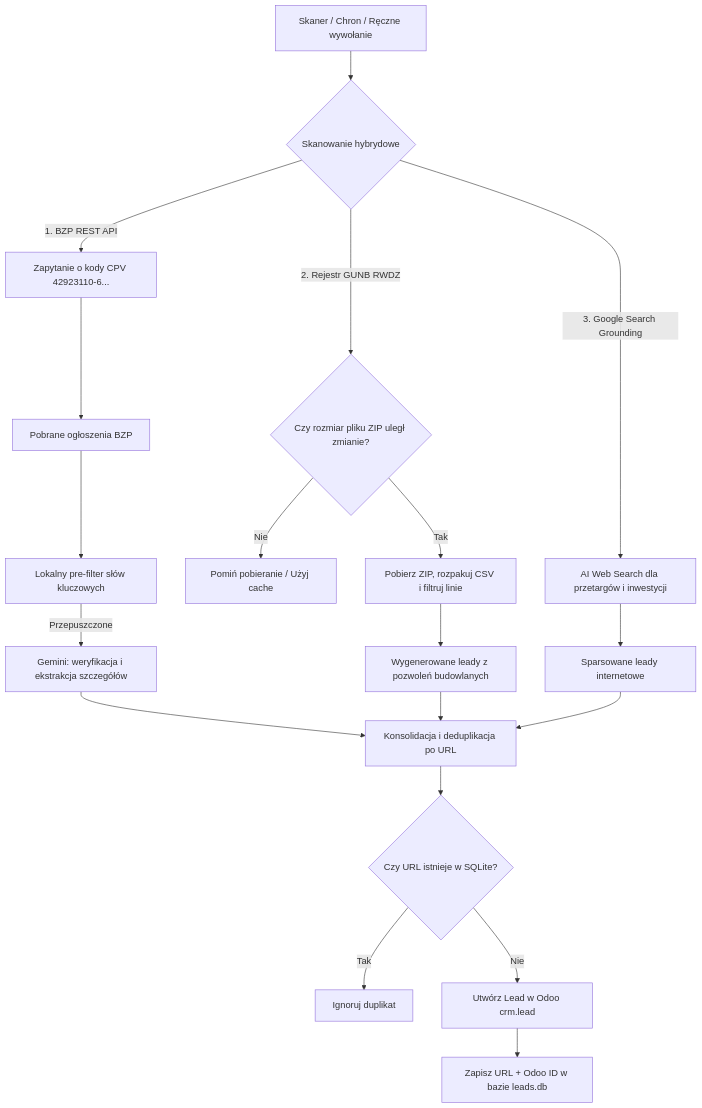
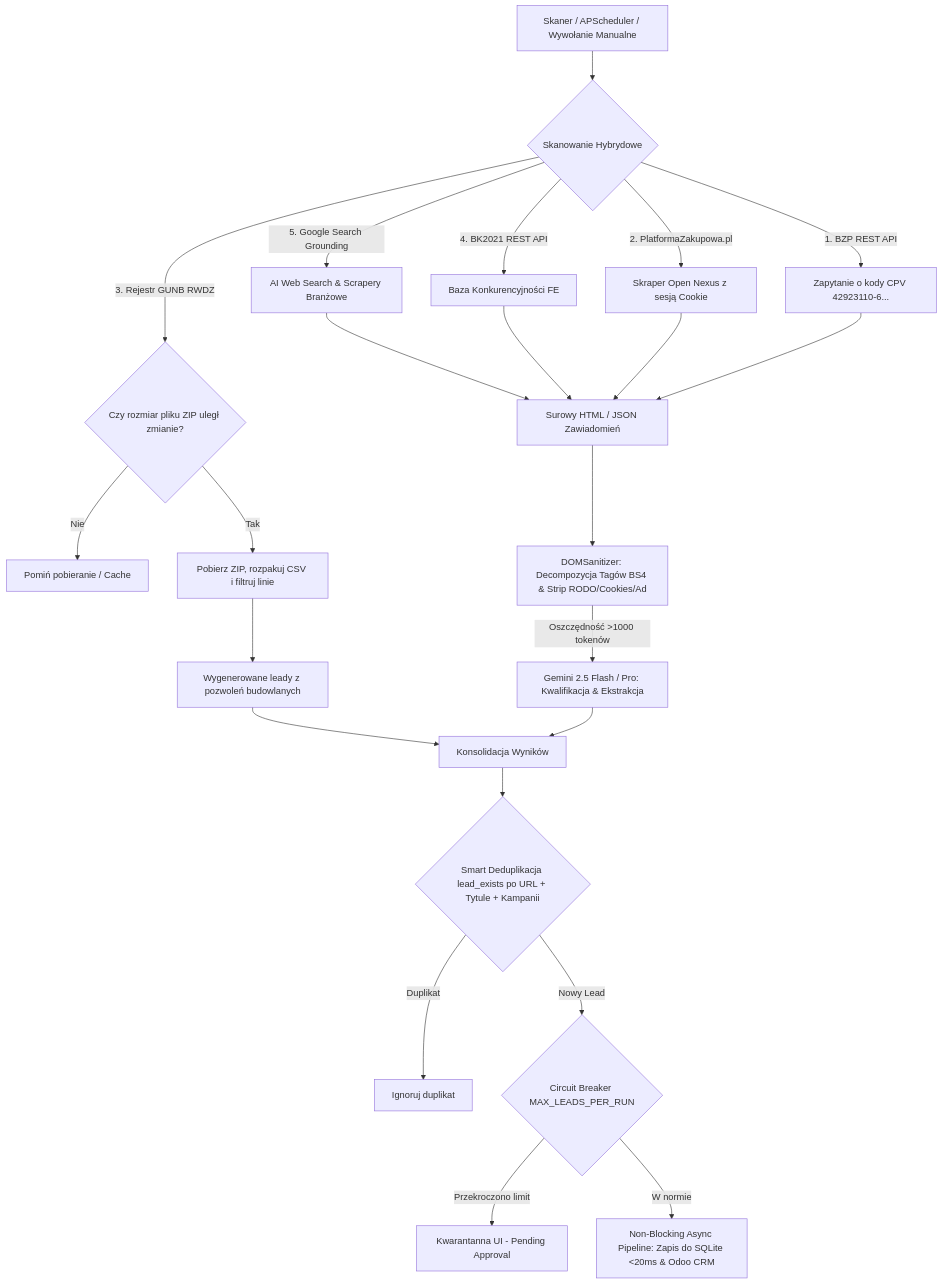
One commit to tkogut/osint-lead-tracker changed the diagram in README.md. Above: the diagram before and after it, drawn with Mermaid. The commit also changed other lines of this file and 6 other files, not shown here.

````diff
--- a/README.md
+++ b/README.md
@@ -12,28 +12,32 @@
 ```mermaid
 graph TD
-    A[Skaner / Chron / Ręczne wywołanie] --> B{Skanowanie hybrydowe}
-    
+    A[Skaner / APScheduler / Wywołanie Manualne] --> B{Skanowanie Hybrydowe}
+
     B -->|1. BZP REST API| C[Zapytanie o kody CPV 42923110-6...]
-    B -->|2. Rejestr GUNB RWDZ| D{Czy rozmiar pliku ZIP uległ zmianie?}
-    B -->|3. Google Search Grounding| E[AI Web Search dla przetargów i inwestycji]
-    
-    D -->|Nie| F[Pomiń pobieranie / Użyj cache]
-    D -->|Tak| G[Pobierz ZIP, rozpakuj CSV i filtruj linie]
-    
-    C --> H[Pobrane ogłoszenia BZP]
-    H --> I[Lokalny pre-filter słów kluczowych]
-    I -->|Przepuszczone| J[Gemini: weryfikacja i ekstrakcja szczegółów]
-    
-    E --> K[Sparsowane leady internetowe]
-    
-    G --> L[Wygenerowane leady z pozwoleń budowlanych]
-    
-    J --> M[Konsolidacja i deduplikacja po URL]
-    K --> M
-    L --> M
-    
-    M --> N{Czy URL istnieje w SQLite?}
-    N -->|Tak| O[Ignoruj duplikat]
-    N -->|Nie| P[Utwórz Lead w Odoo crm.lead]
-    P --> Q[Zapisz URL + Odoo ID w bazie leads.db]
+    B -->|2. PlatformaZakupowa.pl| D[Skraper Open Nexus z sesją Cookie]
+    B -->|3. Rejestr GUNB RWDZ| E{Czy rozmiar pliku ZIP uległ zmianie?}
+    B -->|4. BK2021 REST API| F[Baza Konkurencyjności FE]
+    B -->|5. Google Search Grounding| G[AI Web Search & Scrapery Branżowe]
+
+    E -->|Nie| H[Pomiń pobieranie / Cache]
+    E -->|Tak| I[Pobierz ZIP, rozpakuj CSV i filtruj linie]
+
+    C --> J[Surowy HTML / JSON Zawiadomień]
+    D --> J
+    F --> J
+    G --> J
+
+    J --> K[DOMSanitizer: Decompozycja Tagów BS4 & Strip RODO/Cookies/Ad]
+    K -->|Oszczędność >1000 tokenów| L[Gemini 2.5 Flash / Pro: Kwalifikacja & Ekstrakcja]
+
+    I --> M[Wygenerowane leady z pozwoleń budowlanych]
+    L --> N[Konsolidacja Wyników]
+    M --> N
+
+    N --> O{Smart Deduplikacja lead_exists po URL + Tytule + Kampanii}
+    O -->|Duplikat| P[Ignoruj duplikat]
+    O -->|Nowy Lead| Q{Circuit Breaker MAX_LEADS_PER_RUN}
+
+    Q -->|Przekroczono limit| R[Kwarantanna UI - Pending Approval]
+    Q -->|W normie| S[Non-Blocking Async Pipeline: Zapis do SQLite <20ms & Odoo CRM]
 ```
````
